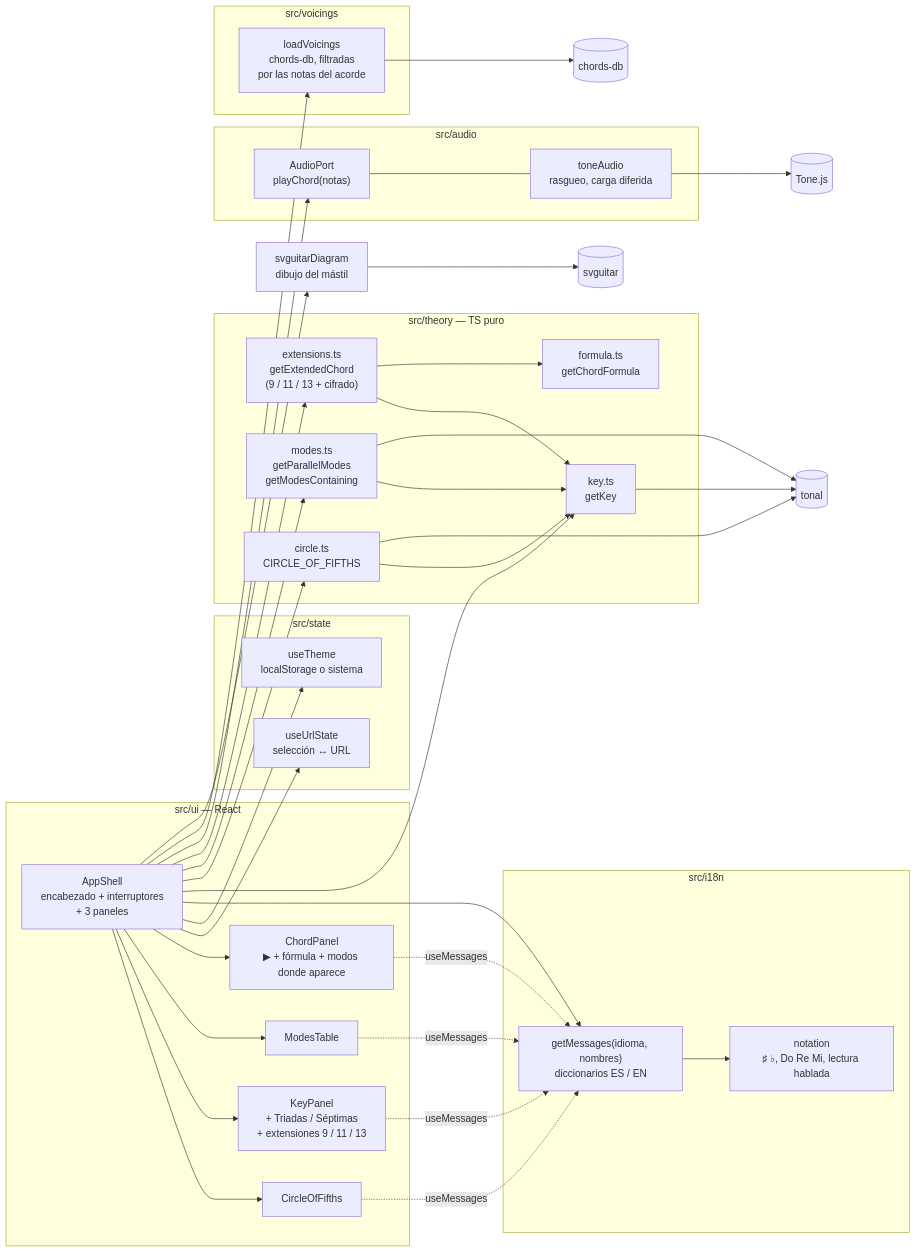
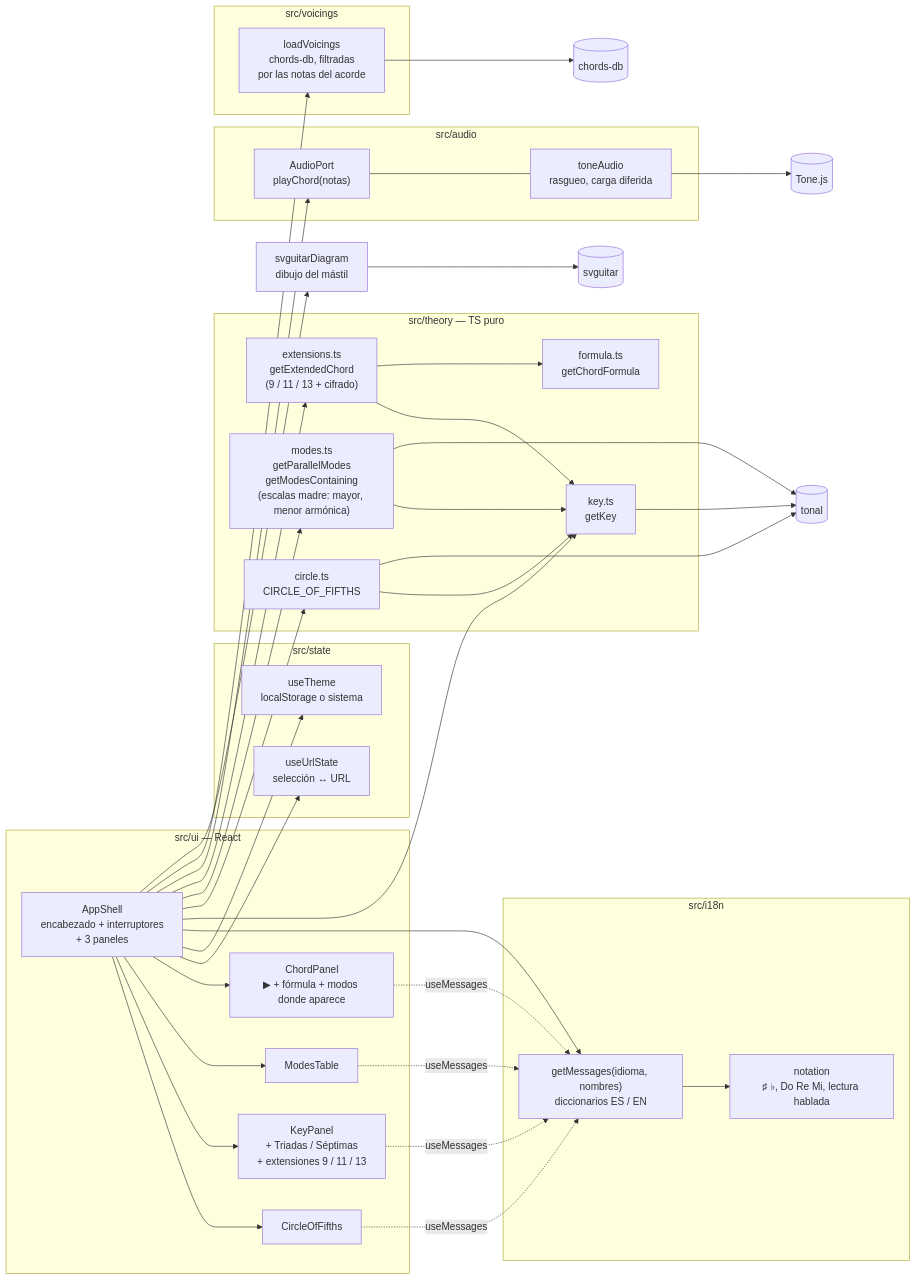
The first of 2 diagrams in README.md (AndresPampa/cheetsheet-guitar), drawn with Mermaid before and after one commit. The commit also changed 15 other files, not shown here.

First line of the commit message:
feat: v2.0 slice 1a — escalas madre en theory (menor armónica, invisible)

````diff
--- a/README.md
+++ b/README.md
@@ -72,62 +72,62 @@
 ```mermaid
 flowchart LR
     subgraph ui["src/ui — React"]
         KE["AppShell<br/>encabezado + interruptores<br/>+ 3 paneles"]
         COF["CircleOfFifths"]
         KP["KeyPanel<br/>+ Triadas / Séptimas<br/>+ extensiones 9 / 11 / 13"]
         MT["ModesTable"]
         CP["ChordPanel<br/>▶ + fórmula + modos donde aparece"]
         KE --> COF & KP & MT & CP
     end
 
     subgraph state["src/state"]
         URL["useUrlState<br/>selección ↔ URL"]
         THEME["useTheme<br/>localStorage o sistema"]
     end
 
     subgraph i18n["src/i18n"]
         MSG["getMessages(idioma, nombres)<br/>diccionarios ES / EN"]
         NOT["notation<br/>♯ ♭, Do Re Mi, lectura hablada"]
         MSG --> NOT
     end
 
     KE --> URL & THEME & MSG
     COF & KP & MT & CP -.->|useMessages| MSG
 
     subgraph theory["src/theory — TS puro"]
         KEY["key.ts<br/>getKey"]
-        MOD["modes.ts<br/>getParallelModes<br/>getModesContaining"]
+        MOD["modes.ts<br/>getParallelModes<br/>getModesContaining<br/>(escalas madre: mayor, menor armónica)"]
         CIR["circle.ts<br/>CIRCLE_OF_FIFTHS"]
         EXT["extensions.ts<br/>getExtendedChord<br/>(9 / 11 / 13 + cifrado)"]
         FOR["formula.ts<br/>getChordFormula"]
         MOD --> KEY
         CIR --> KEY
         EXT --> KEY & FOR
     end
 
     subgraph audio["src/audio"]
         PORT["AudioPort<br/>playChord(notas)"]
         TONEA["toneAudio<br/>rasgueo, carga diferida"]
         PORT --- TONEA
     end
 
     TONAL[("tonal")]
     TONEJS[("Tone.js")]
 
     KE --> KEY & CIR & MOD & EXT
     KE --> PORT
     TONEA --> TONEJS
     KEY & MOD & CIR --> TONAL
 
     subgraph voicings["src/voicings"]
         LV["loadVoicings<br/>chords-db, filtradas<br/>por las notas del acorde"]
     end
 
     DRAW["svguitarDiagram<br/>dibujo del mástil"]
     CHORDSDB[("chords-db")]
     SVGUITAR[("svguitar")]
 
     KE --> LV & DRAW
     LV --> CHORDSDB
     DRAW --> SVGUITAR
 ```
````
